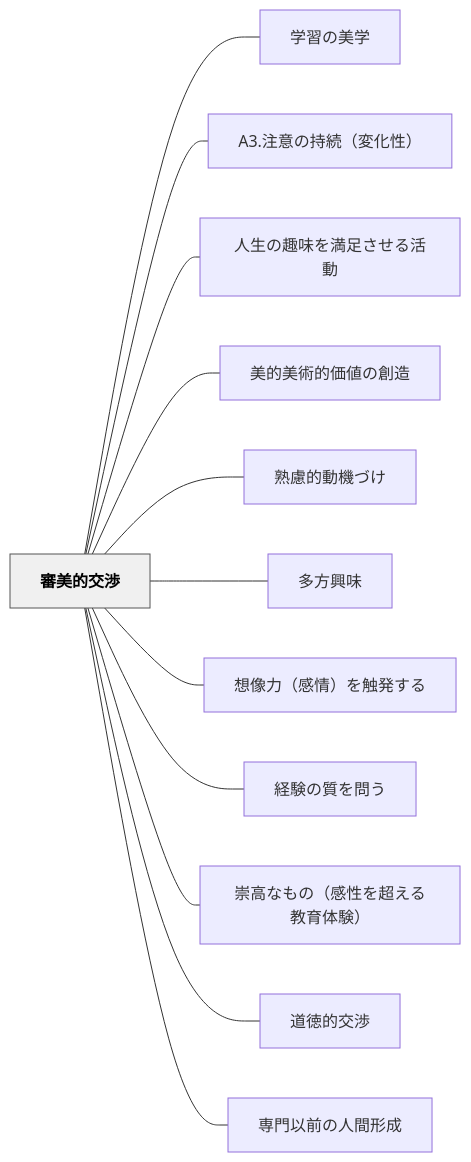
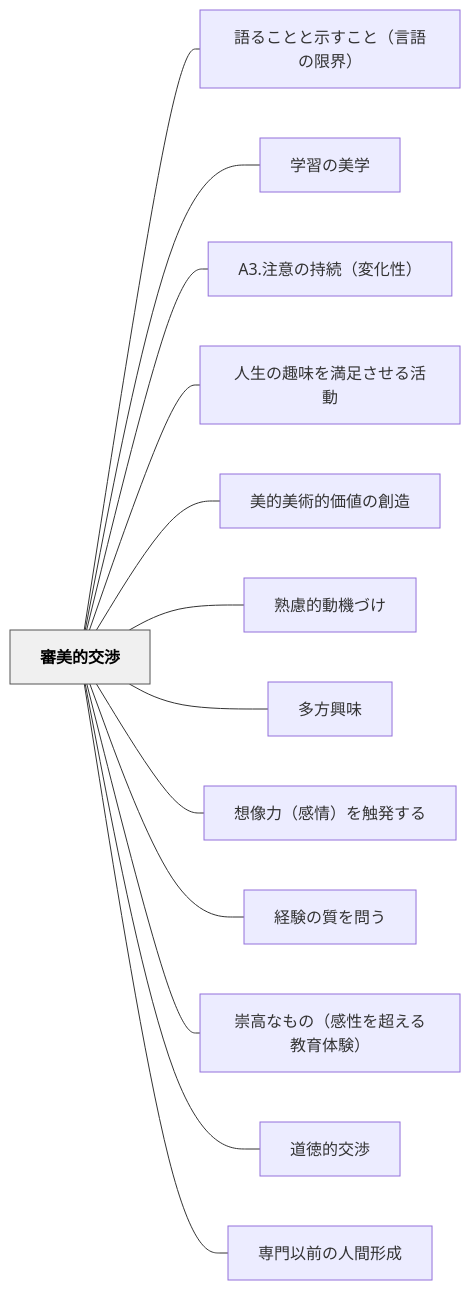
One commit to unknownthings-ed-patterns/unknownthings-ed-patterns changed the diagram in content/パタン/審美的交渉.md. Above: the diagram before and after it, drawn with Mermaid. The commit also changed other lines of this file and 185 other files, not shown here.

````diff
--- a/content/パタン/審美的交渉.md
+++ b/content/パタン/審美的交渉.md
@@ -73,30 +73,32 @@
 ```mermaid
 flowchart LR
     ne5afa9e7be8ee79a84e4baa4e6b889["審美的交渉"]
+    ne8aa9ee3828be38193e381a8e381a8e7a4bae38199e38193e381a8efbc88e8a880e8aa9ee381aee99990e7958cefbc89["語ることと示すこと（言語の限界）"]
     ne5ada6e7bf92e381aee7be8ee5ada6["学習の美学"]
     n41332ee6b3a8e6848fe381aee68c81e7b69aefbc88e5a489e58c96e680a7efbc89["A3.注意の持続（変化性）"]
     ne4babae7949fe381aee8b6a3e591b3e38292e6ba80e8b6b3e38195e3819be3828be6b4bbe58b95["人生の趣味を満足させる活動"]
     ne7be8ee79a84e7be8ee8a193e79a84e4bea1e580a4e381aee589b5e980a0["美的美術的価値の創造"]
     ne7869fe685aee79a84e58b95e6a99fe381a5e38191["熟慮的動機づけ"]
     ne5a49ae696b9e88888e591b3["多方興味"]
     ne683b3e5838fe58a9befbc88e6849fe68385efbc89e38292e8a7a6e799bae38199e3828b["想像力（感情）を触発する"]
     ne7b58ce9a893e381aee8b3aae38292e5958fe38186["経験の質を問う"]
     ne5b487e9ab98e381aae38282e381aeefbc88e6849fe680a7e38292e8b685e38188e3828be69599e882b2e4bd93e9a893efbc89["崇高なもの（感性を超える教育体験）"]
     ne98193e5beb3e79a84e4baa4e6b889["道徳的交渉"]
     ne5b082e99680e4bba5e5898de381aee4babae99693e5bda2e68890["専門以前の人間形成"]
 
+    ne5afa9e7be8ee79a84e4baa4e6b889 --- ne8aa9ee3828be38193e381a8e381a8e7a4bae38199e38193e381a8efbc88e8a880e8aa9ee381aee99990e7958cefbc89
     ne5afa9e7be8ee79a84e4baa4e6b889 --- ne5ada6e7bf92e381aee7be8ee5ada6
     ne5afa9e7be8ee79a84e4baa4e6b889 --- n41332ee6b3a8e6848fe381aee68c81e7b69aefbc88e5a489e58c96e680a7efbc89
     ne5afa9e7be8ee79a84e4baa4e6b889 --- ne4babae7949fe381aee8b6a3e591b3e38292e6ba80e8b6b3e38195e3819be3828be6b4bbe58b95
     ne5afa9e7be8ee79a84e4baa4e6b889 --- ne7be8ee79a84e7be8ee8a193e79a84e4bea1e580a4e381aee589b5e980a0
     ne5afa9e7be8ee79a84e4baa4e6b889 --- ne7869fe685aee79a84e58b95e6a99fe381a5e38191
     ne5afa9e7be8ee79a84e4baa4e6b889 --- ne5a49ae696b9e88888e591b3
     ne5afa9e7be8ee79a84e4baa4e6b889 --- ne683b3e5838fe58a9befbc88e6849fe68385efbc89e38292e8a7a6e799bae38199e3828b
     ne5afa9e7be8ee79a84e4baa4e6b889 --- ne7b58ce9a893e381aee8b3aae38292e5958fe38186
     ne5afa9e7be8ee79a84e4baa4e6b889 --- ne5b487e9ab98e381aae38282e381aeefbc88e6849fe680a7e38292e8b685e38188e3828be69599e882b2e4bd93e9a893efbc89
     ne5afa9e7be8ee79a84e4baa4e6b889 --- ne98193e5beb3e79a84e4baa4e6b889
     ne5afa9e7be8ee79a84e4baa4e6b889 --- ne5b082e99680e4bba5e5898de381aee4babae99693e5bda2e68890
 
     classDef hub fill:#f0f0f0,stroke:#555,color:#000,font-weight:bold
     class ne5afa9e7be8ee79a84e4baa4e6b889 hub
 ```
````
